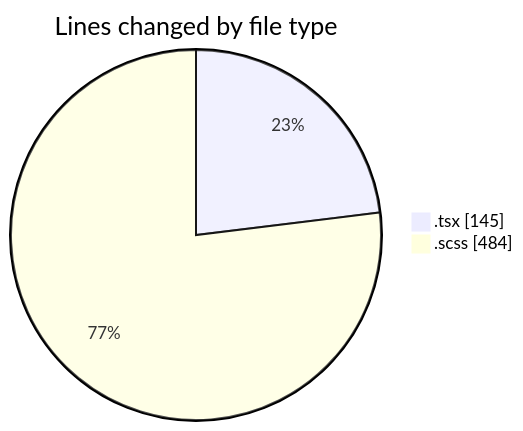
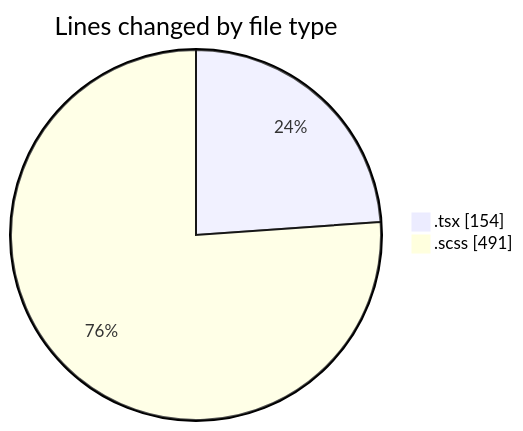
One commit to momahboobian/code-tracking changed the first of 2 diagrams in 2025-03-27/cda/README.md. Above: the diagram before and after it, drawn with Mermaid. The commit also changed other lines of this file and 1 other file, not shown here.

````diff
--- a/2025-03-27/cda/README.md
+++ b/2025-03-27/cda/README.md
@@ -21,6 +21,6 @@
 ```mermaid
 pie showData
 title Lines changed by file type
-".tsx" : 145
-".scss" : 484
+".tsx" : 154
+".scss" : 491
 ```
````
